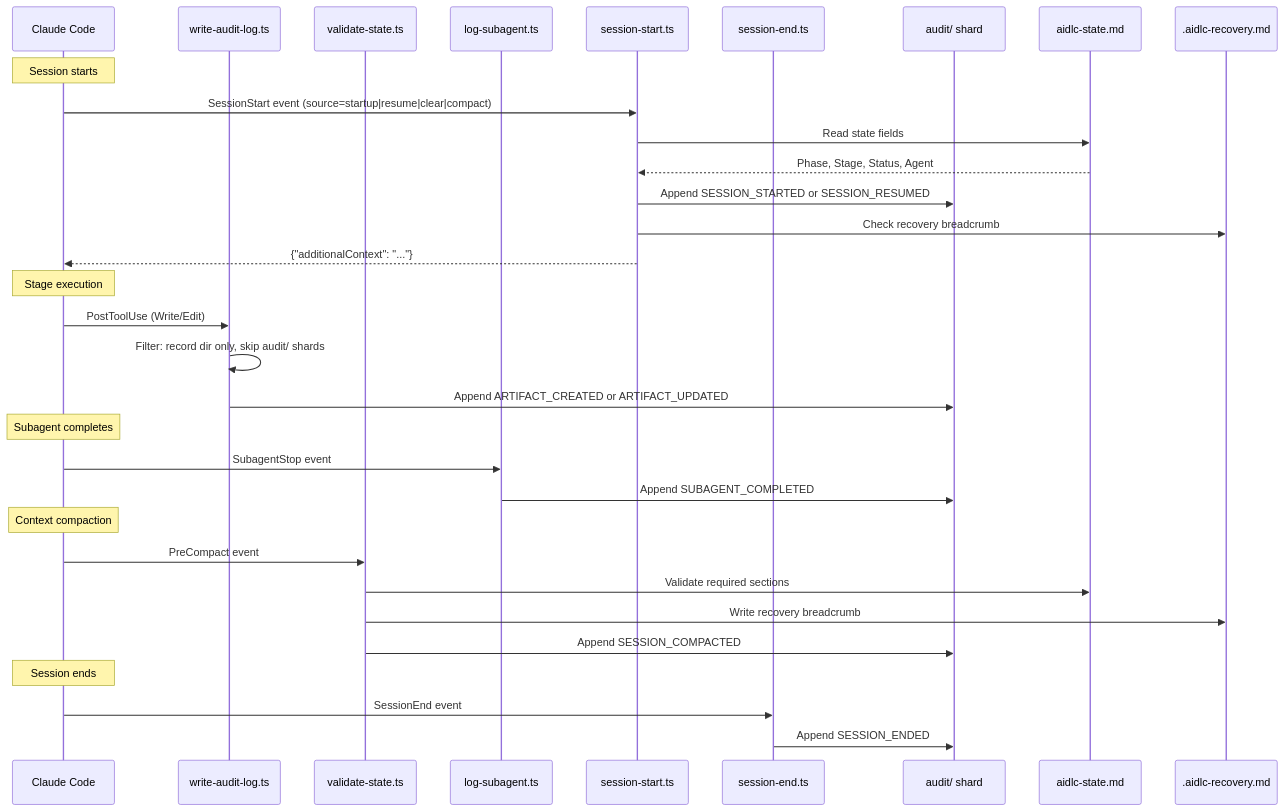
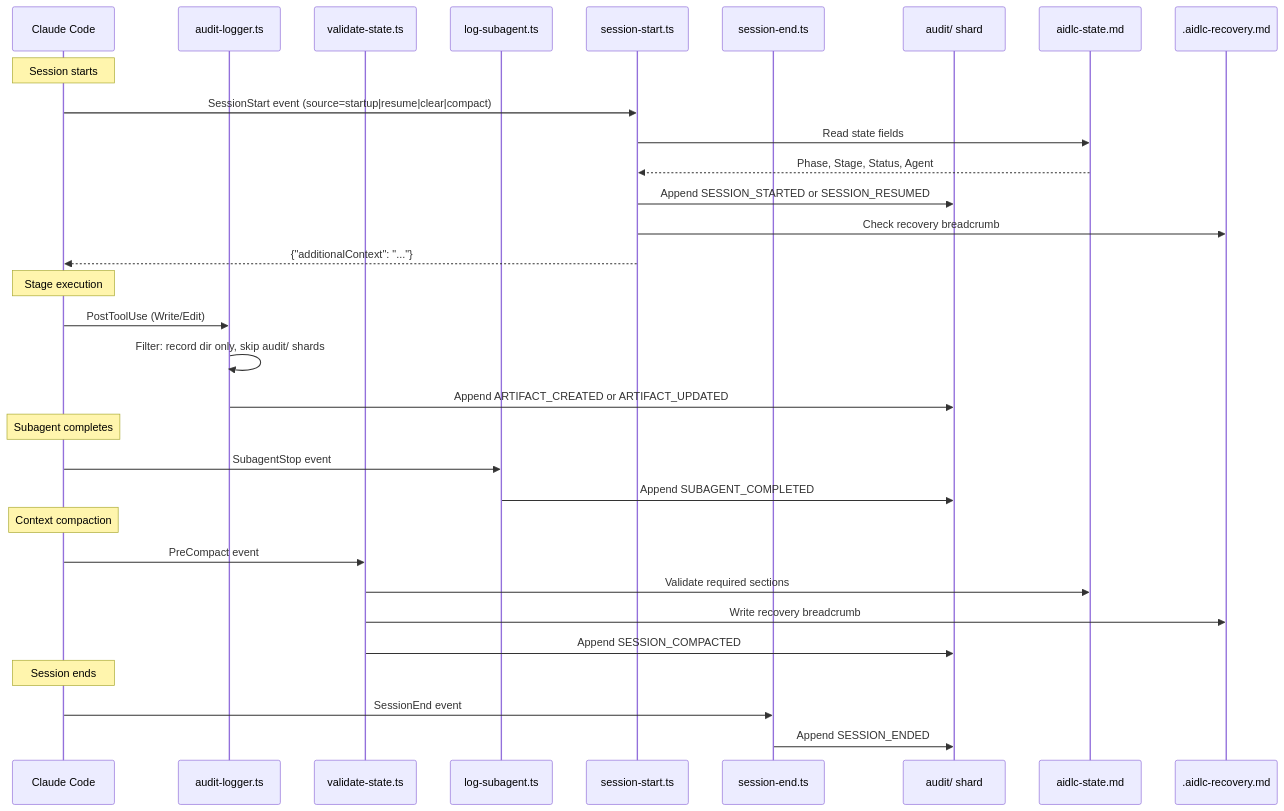
Before and after one commit to SaRedfiche/aidlc-workflows: the diagram in docs/reference/06-hooks-and-tools.md, drawn with Mermaid. The commit also changed other lines of this file and 27 other files, not shown here.

````diff
--- a/docs/reference/06-hooks-and-tools.md
+++ b/docs/reference/06-hooks-and-tools.md
@@ -72,39 +72,39 @@
 ```mermaid
 sequenceDiagram
     participant CC as Claude Code
-    participant AL as write-audit-log.ts
+    participant AL as audit-logger.ts
     participant VS as validate-state.ts
     participant LS as log-subagent.ts
     participant SS as session-start.ts
     participant SE as session-end.ts
     participant AF as audit/ shard
     participant SF as aidlc-state.md
     participant RF as .aidlc-recovery.md
 
     Note over CC: Session starts
     CC->>SS: SessionStart event (source=startup|resume|clear|compact)
     SS->>SF: Read state fields
     SF-->>SS: Phase, Stage, Status, Agent
     SS->>AF: Append SESSION_STARTED or SESSION_RESUMED
     SS->>RF: Check recovery breadcrumb
     SS-->>CC: {"additionalContext": "..."}
 
     Note over CC: Stage execution
     CC->>AL: PostToolUse (Write/Edit)
     AL->>AL: Filter: record dir only, skip audit/ shards
     AL->>AF: Append ARTIFACT_CREATED or ARTIFACT_UPDATED
 
     Note over CC: Subagent completes
     CC->>LS: SubagentStop event
     LS->>AF: Append SUBAGENT_COMPLETED
 
     Note over CC: Context compaction
     CC->>VS: PreCompact event
     VS->>SF: Validate required sections
     VS->>RF: Write recovery breadcrumb
     VS->>AF: Append SESSION_COMPACTED
 
     Note over CC: Session ends
     CC->>SE: SessionEnd event
     SE->>AF: Append SESSION_ENDED
 ```
````
